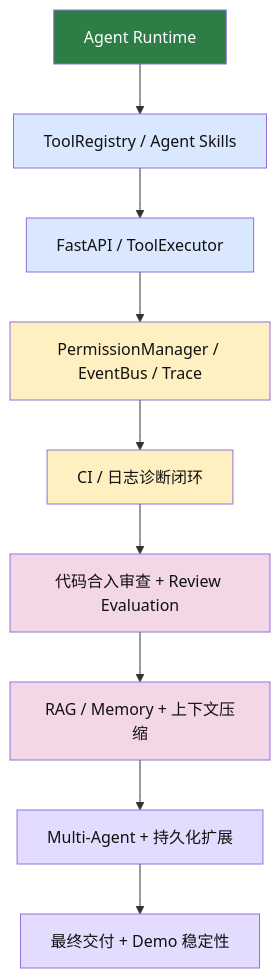
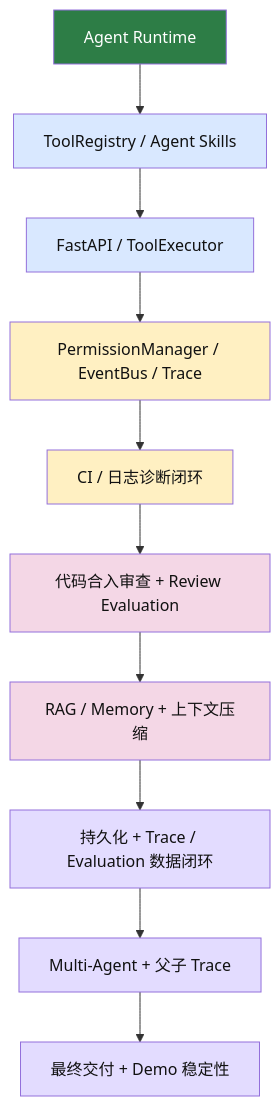
Before and after one commit to Dracarys6/DevAgent: the third of 3 diagrams in README.md, drawn with Mermaid. The commit also changed other lines of this file and 8 other files, not shown here.

````diff
--- a/README.md
+++ b/README.md
@@ -451,22 +454,24 @@
 ```mermaid
 flowchart TD
     A[Agent Runtime]
     A --> B[ToolRegistry / Agent Skills]
     B --> C[FastAPI / ToolExecutor]
     C --> D[PermissionManager / EventBus / Trace]
     D --> E[CI / 日志诊断闭环]
     E --> F[代码合入审查 + Review Evaluation]
     F --> G[RAG / Memory + 上下文压缩]
-    G --> H[Multi-Agent + 持久化扩展]
-    H --> I[最终交付 + Demo 稳定性]
+    G --> H[持久化 + Trace / Evaluation 数据闭环]
+    H --> I[Multi-Agent + 父子 Trace]
+    I --> J[最终交付 + Demo 稳定性]
 
     style A fill:#2d7d46,color:#fff
     style B fill:#d9e8ff,color:#111
     style C fill:#d9e8ff,color:#111
     style D fill:#fff0c2,color:#111
     style E fill:#fff0c2,color:#111
     style F fill:#f4d7e6,color:#111
     style G fill:#f4d7e6,color:#111
     style H fill:#e3dcff,color:#111
     style I fill:#e3dcff,color:#111
+    style J fill:#e3dcff,color:#111
 ```
````
